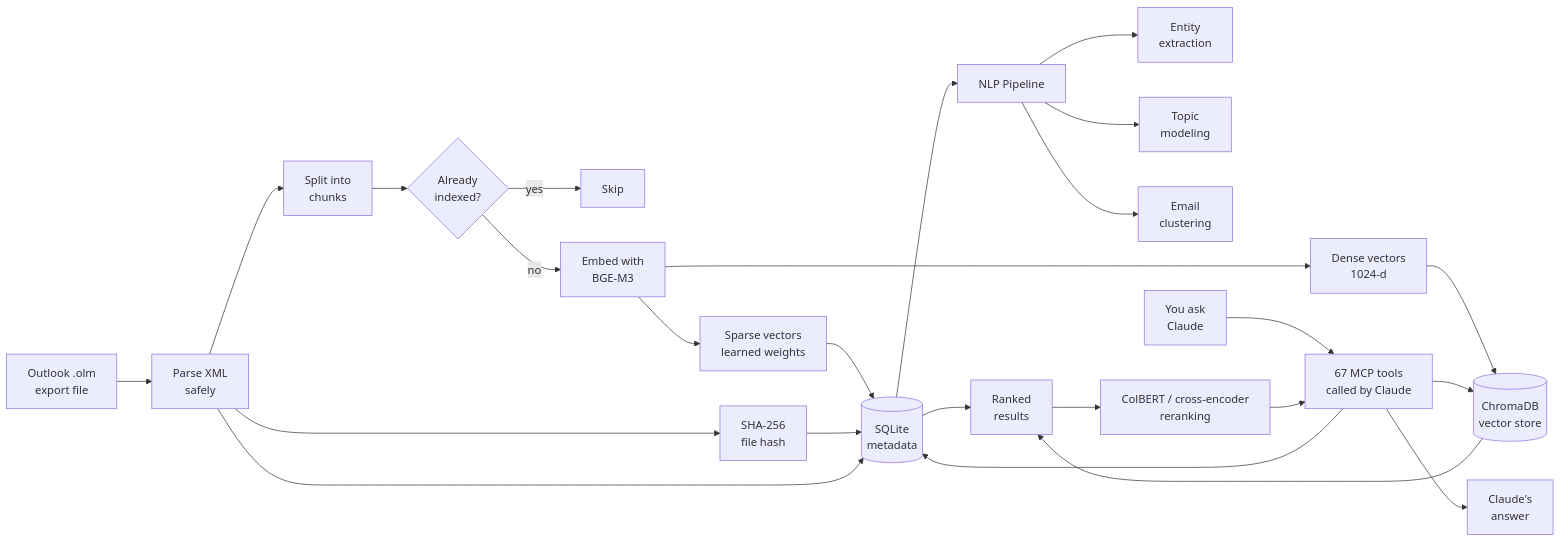
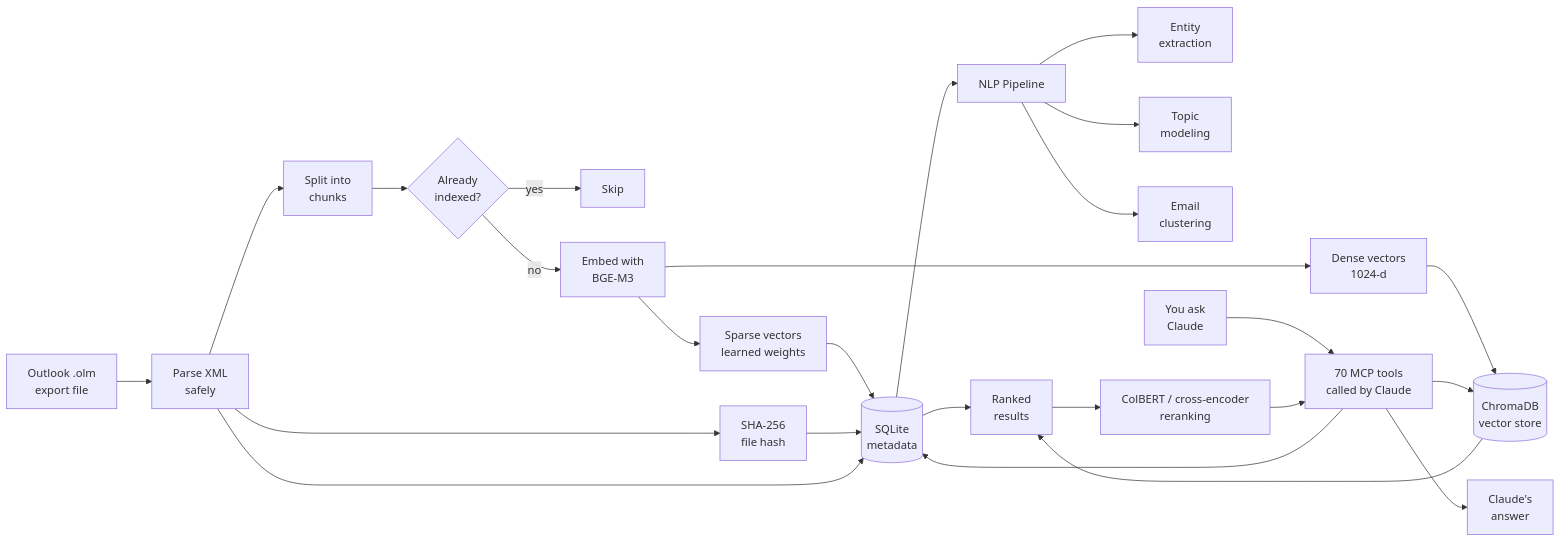
Before and after one commit to sebastianspicker/outlook-email-rag: the first of 7 diagrams in README.md, drawn with Mermaid. The commit also changed other lines of this file and 4 other files, not shown here.

````diff
--- a/README.md
+++ b/README.md
@@ -31,29 +36,29 @@
 ```mermaid
 flowchart LR
     A["Outlook .olm\nexport file"] --> B["Parse XML\nsafely"]
     B --> B1["SHA-256\nfile hash"]
     B --> C["Split into\nchunks"]
     C --> D{"Already\nindexed?"}
     D -- yes --> E["Skip"]
     D -- no --> F["Embed with\nBGE-M3"]
     F --> F1["Dense vectors\n1024-d"]
     F --> F2["Sparse vectors\nlearned weights"]
     F1 --> G[("ChromaDB\nvector store")]
     F2 --> H[("SQLite\nmetadata")]
     B1 --> H
     B --> H
 
     H --> NLP["NLP Pipeline"]
     NLP --> N1["Entity\nextraction"]
     NLP --> N2["Topic\nmodeling"]
     NLP --> N3["Email\nclustering"]
 
-    I["You ask\nClaude"] --> J["67 MCP tools\ncalled by Claude"]
+    I["You ask\nClaude"] --> J["70 MCP tools\ncalled by Claude"]
     J --> G
     J --> H
     G --> K["Ranked\nresults"]
     H --> K
     K --> R["ColBERT / cross-encoder\nreranking"]
     R --> J
     J --> L["Claude's\nanswer"]
 ```
````
